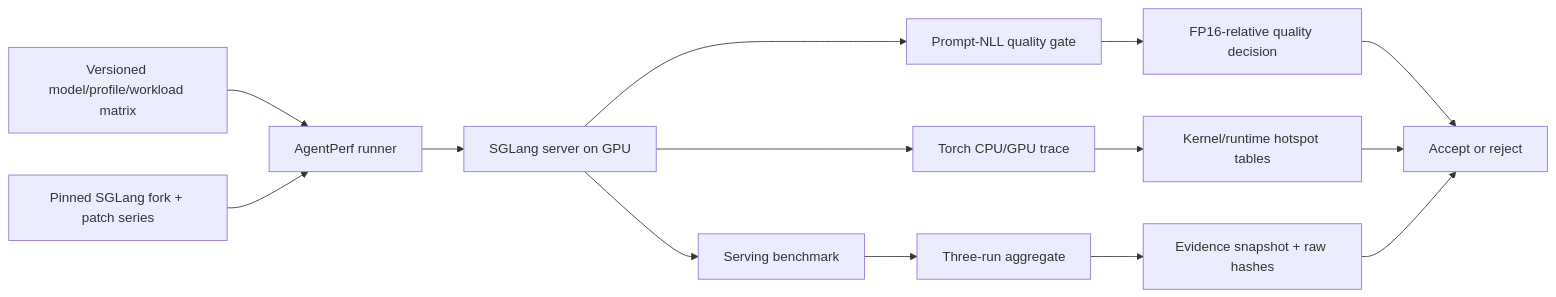
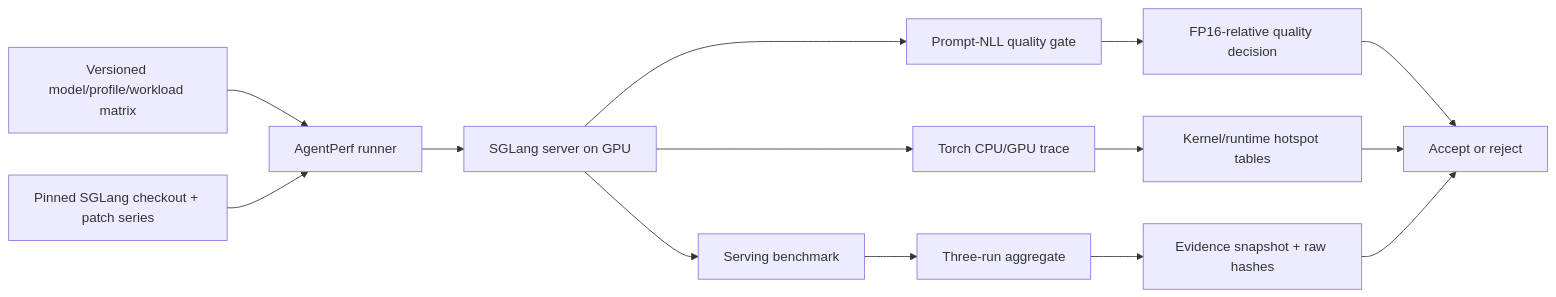
The diagram in README.md (Biaogezi/sglang-agentperf), drawn with Mermaid before and after one commit. The commit also changed other lines of this file and 43 other files, not shown here.

````diff
--- a/README.md
+++ b/README.md
@@ -55,16 +55,16 @@
 ```mermaid
 flowchart LR
     C[Versioned model/profile/workload matrix] --> R[AgentPerf runner]
-    P[Pinned SGLang fork + patch series] --> R
+    P[Pinned SGLang checkout + patch series] --> R
     R --> S[SGLang server on GPU]
     S --> B[Serving benchmark]
     S --> Q[Prompt-NLL quality gate]
     S --> T[Torch CPU/GPU trace]
     B --> A[Three-run aggregate]
     Q --> G[FP16-relative quality decision]
     T --> H[Kernel/runtime hotspot tables]
     A --> E[Evidence snapshot + raw hashes]
     G --> D[Accept or reject]
     H --> D
     E --> D
 ```
````
